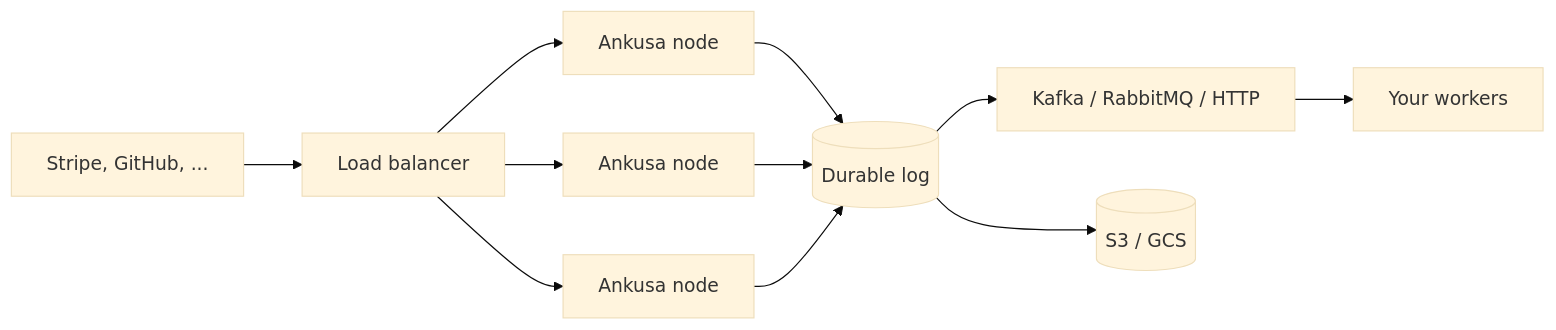
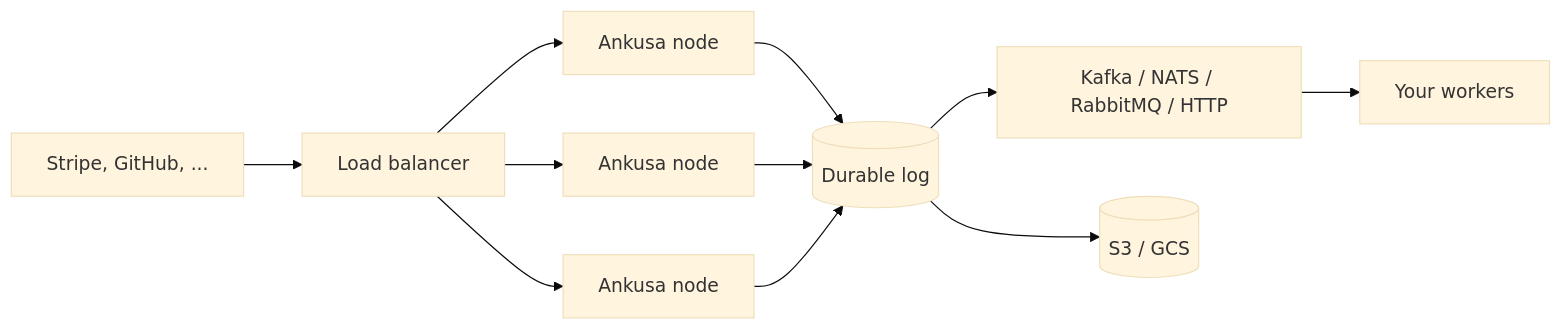
The second of 2 diagrams in README.md (jamescarr/ankusa), drawn with Mermaid (base theme) before and after one commit. The commit also changed other lines of this file and 10 other files, not shown here.

````diff
--- a/README.md
+++ b/README.md
@@ -125,11 +126,11 @@
 ```mermaid
 flowchart LR
     P[Stripe, GitHub, ...] --> LB[Load balancer]
     LB --> E1[Ankusa node]
     LB --> E2[Ankusa node]
     LB --> E3[Ankusa node]
     E1 & E2 & E3 --> WAL[(Durable log)]
-    WAL --> Q[Kafka / RabbitMQ / HTTP]
+    WAL --> Q[Kafka / NATS / RabbitMQ / HTTP]
     WAL --> S[(S3 / GCS)]
     Q --> W[Your workers]
 ```
````
